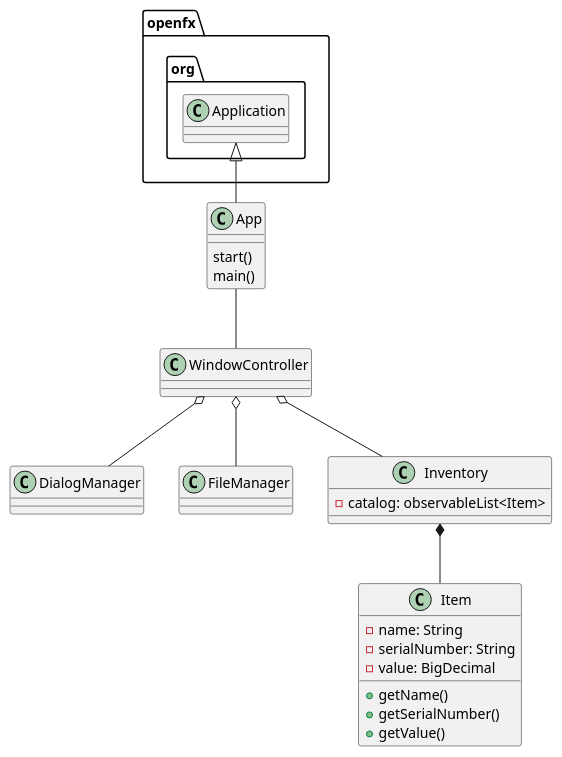
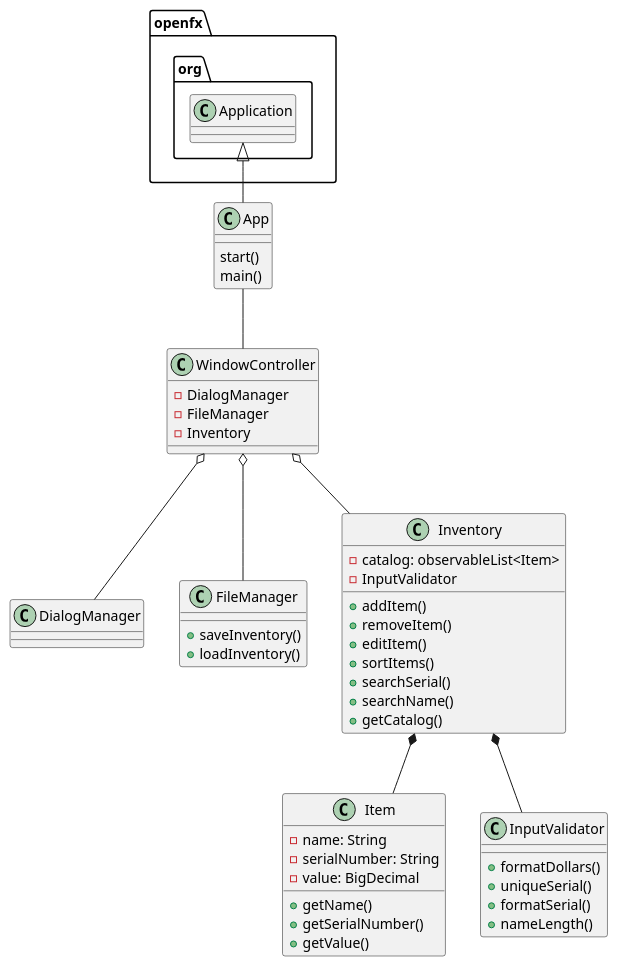
One commit to kingraham228/Ingraham-7945-a5 changed the diagram in uml/Inventory.puml. Above: the diagram before and after it, drawn with PlantUML. The commit also changed 2 other files, not shown here.

Commit message:
Revisions to uml. Beginning fxml draft.

```diff
--- a/uml/Inventory.puml
+++ b/uml/Inventory.puml
@@ -1,40 +1,62 @@
 @startuml
 class App{
 start()
 main()
 }
 
 class WindowController{
+-DialogManager
+-FileManager
+-Inventory
 
 }
 
 class DialogManager{
 
 }
 
 class FileManager{
++saveInventory()
++loadInventory()
 
 }
 
 class Inventory{
 - catalog: observableList<Item>
+- InputValidator
+
++addItem()
++removeItem()
++editItem()
++sortItems()
++searchSerial()
++searchName()
++getCatalog()
 }
 
 class Item{
 -name: String
 -serialNumber: String
 -value: BigDecimal
 
 +getName()
 +getSerialNumber()
 +getValue()
 
 }
 
+class InputValidator{
++ formatDollars()
++ uniqueSerial()
++ formatSerial()
++ nameLength()
+}
+
 openfx.org.Application <|-- App
 App -- WindowController
 WindowController o-- DialogManager
 WindowController o-- FileManager
 WindowController o-- Inventory
 Inventory *-- Item
+Inventory *-- InputValidator
 @enduml
```
